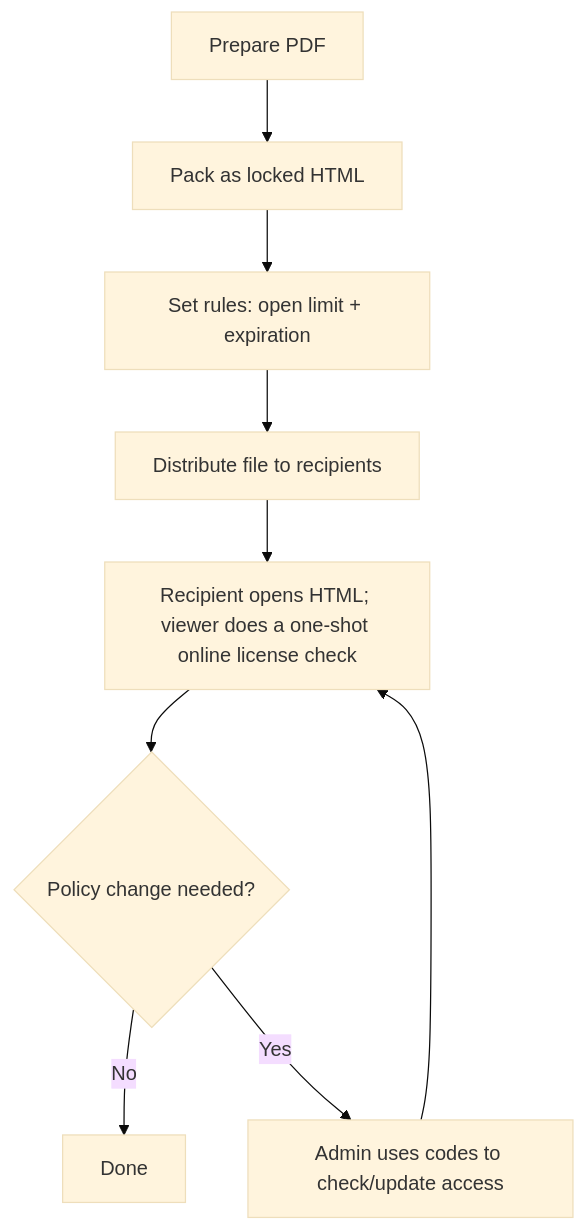
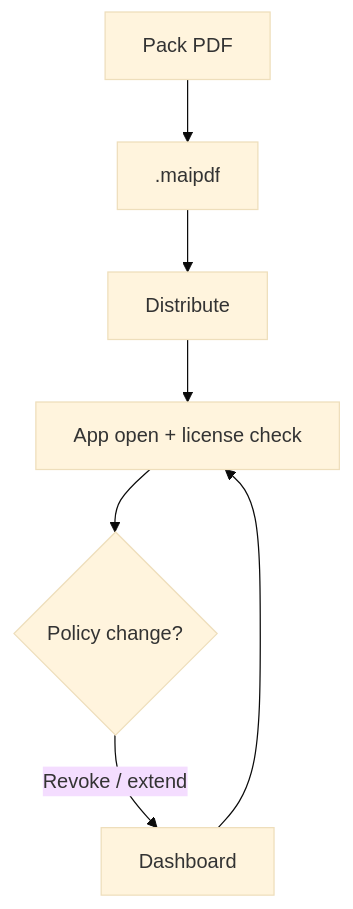
One commit to mythenigma/cloudflareAstro changed the diagram in src/content/blog/en/offline-pdf-drm-enterprise-solution.md. Above: the diagram before and after it, drawn with Mermaid (base theme). The commit also changed other lines of this file and 38 other files, not shown here.

````diff
--- a/src/content/blog/en/offline-pdf-drm-enterprise-solution.md
+++ b/src/content/blog/en/offline-pdf-drm-enterprise-solution.md
@@ -34,11 +18,9 @@
 ```mermaid
 flowchart TB
-  A[Prepare PDF] --> B[Pack as locked HTML]
-  B --> C["Set rules: open limit + expiration"]
-  C --> D[Distribute file to recipients]
-  D --> E[Recipient opens HTML; viewer does a one-shot online license check]
-  E --> F{"Policy change needed?"}
-  F -->|No| G[Done]
-  F -->|Yes| H["Admin uses codes to check/update access"]
-  H --> E
+  A[Pack PDF] --> B[.maipdf]
+  B --> C[Distribute]
+  C --> D[App open + license check]
+  D --> E{Policy change?}
+  E -->|Revoke / extend| F[Dashboard]
+  F --> D
 ```
````
